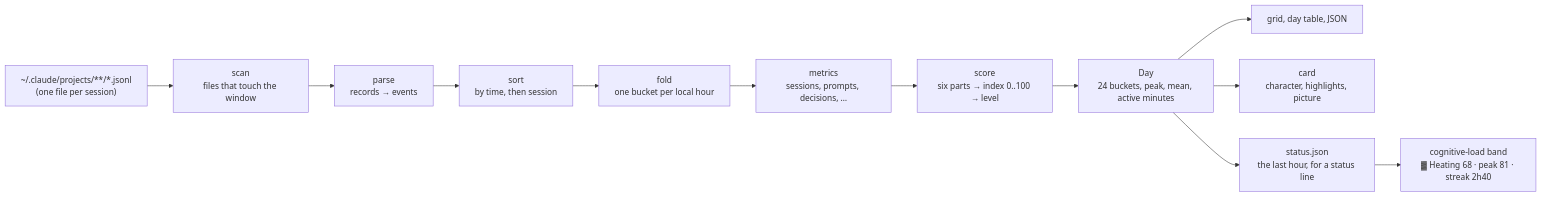
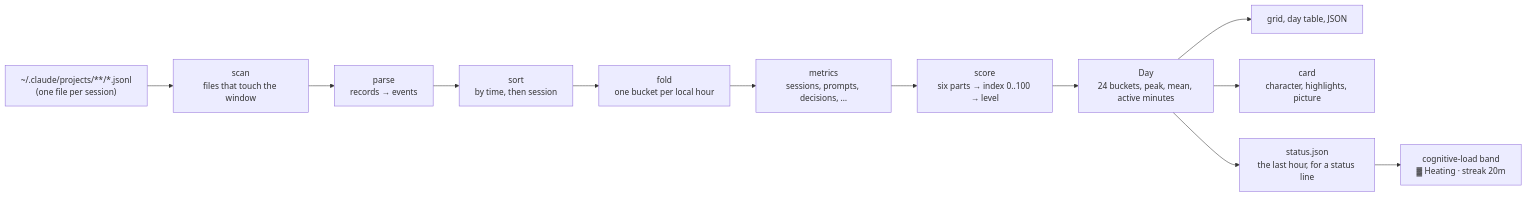
One commit to drakulavich/cogload changed the diagram in docs/how-the-numbers-are-made.md. Above: the diagram before and after it, drawn with Mermaid. The commit also changed 8 other files, not shown here.

First line of the commit message:
Spec: cognitive-load explains itself to a new person (#128)

````diff
--- a/docs/how-the-numbers-are-made.md
+++ b/docs/how-the-numbers-are-made.md
@@ -9,14 +9,14 @@
 ```mermaid
 flowchart LR
   T["~/.claude/projects/**/*.jsonl<br/>(one file per session)"] --> S["scan<br/>files that touch the window"]
   S --> P["parse<br/>records → events"]
   P --> O["sort<br/>by time, then session"]
   O --> F["fold<br/>one bucket per local hour"]
   F --> M["metrics<br/>sessions, prompts, decisions, …"]
   M --> X["score<br/>six parts → index 0..100 → level"]
   X --> D["Day<br/>24 buckets, peak, mean, active minutes"]
   D --> G["grid, day table, JSON"]
   D --> C["card<br/>character, highlights, picture"]
   D --> ST["status.json<br/>the last hour, for a status line"]
-  ST --> CL["cognitive-load band<br/>▓ Heating 68 · peak 81 · streak 2h40"]
+  ST --> CL["cognitive-load band<br/>▓ Heating · streak 20m"]
 ```
````
